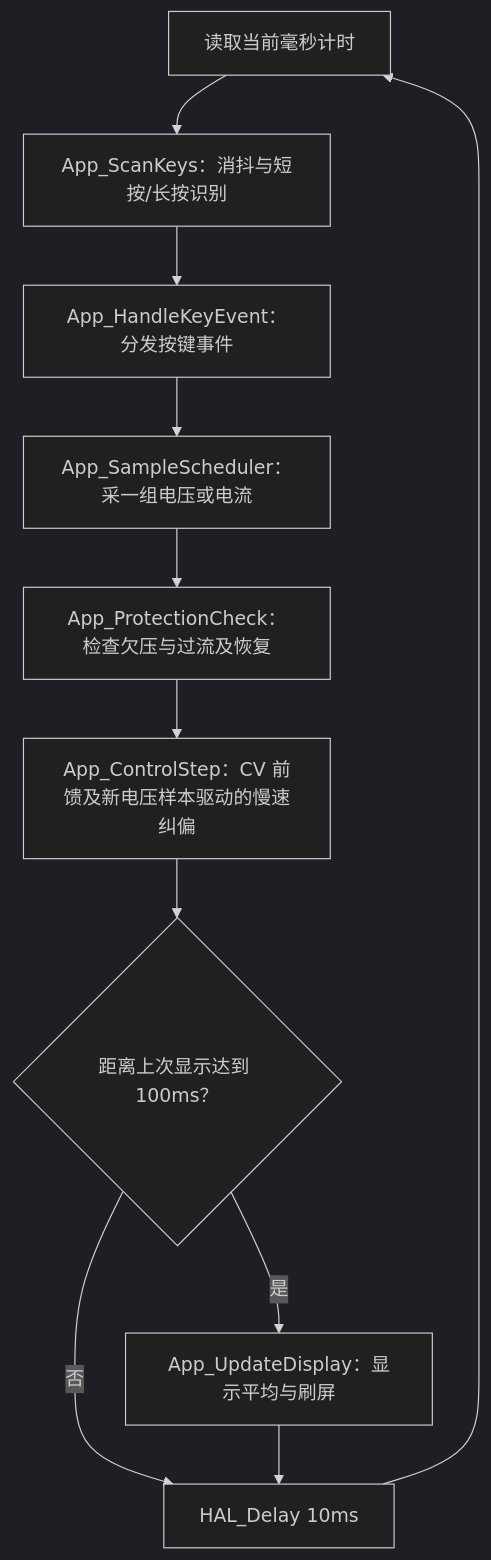
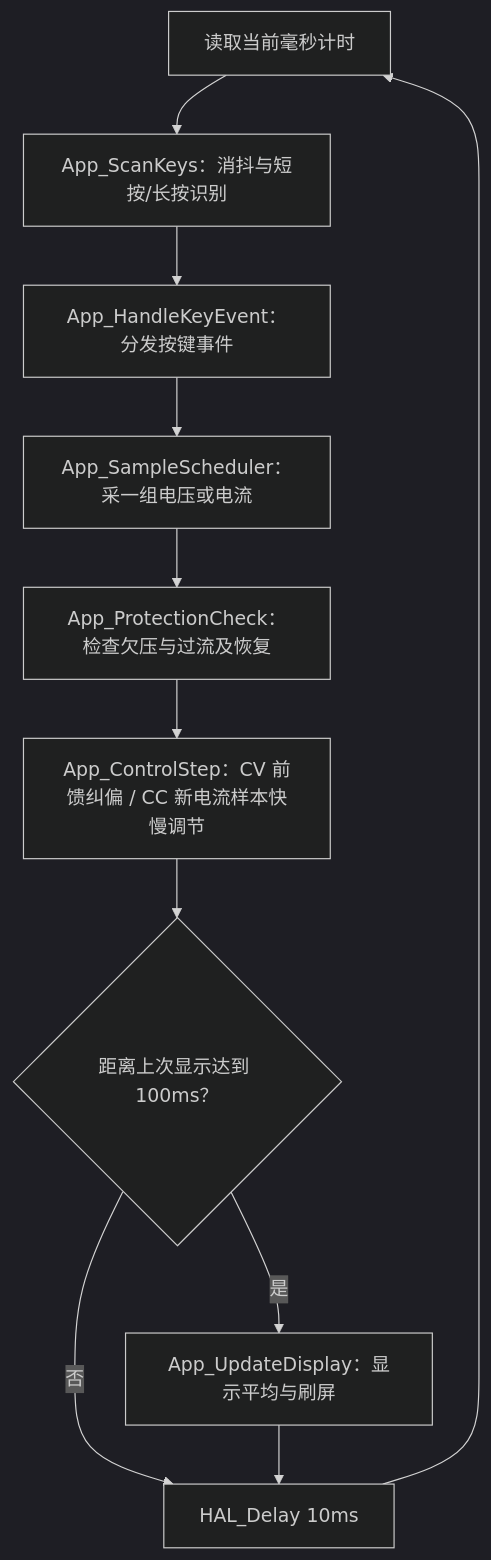
Before and after one commit to OhmDazzle/YLD_Cup: the second of 4 diagrams in README_程序流程.md, drawn with Mermaid (dark theme). The commit also changed other lines of this file and 7 other files, not shown here.

````diff
--- a/README_程序流程.md
+++ b/README_程序流程.md
@@ -82,13 +82,13 @@
 ```mermaid
 flowchart TD
     A[读取当前毫秒计时] --> B[App_ScanKeys：消抖与短按/长按识别]
     B --> C[App_HandleKeyEvent：分发按键事件]
     C --> D[App_SampleScheduler：采一组电压或电流]
     D --> E[App_ProtectionCheck：检查欠压与过流及恢复]
-    E --> F[App_ControlStep：CV 前馈及新电压样本驱动的慢速纠偏]
+    E --> F[App_ControlStep：CV 前馈纠偏 / CC 新电流样本快慢调节]
     F --> G{距离上次显示达到 100ms？}
     G -->|是| H[App_UpdateDisplay：显示平均与刷屏]
     G -->|否| I[HAL_Delay 10ms]
     H --> I
     I --> A
 ```
````
